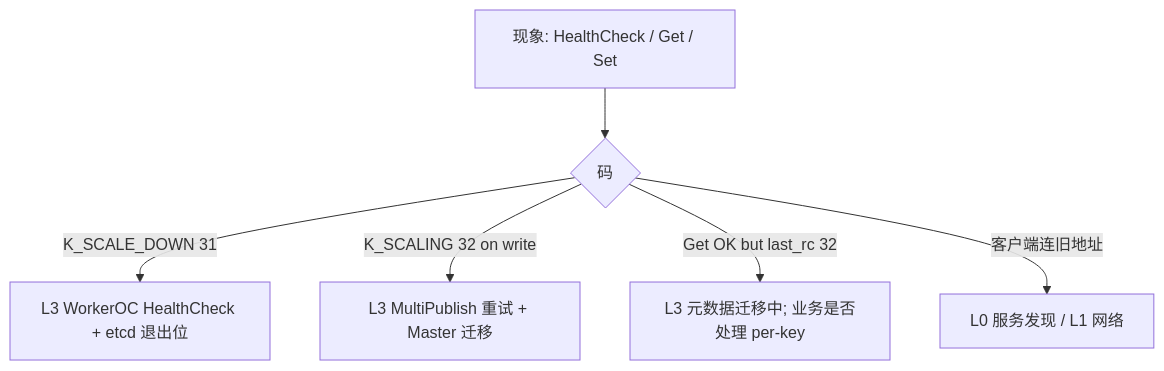
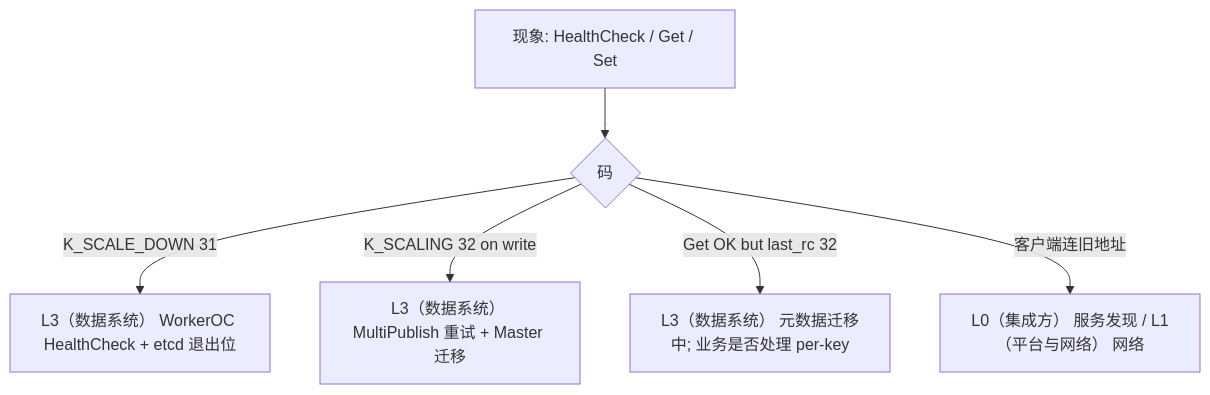
The fourth of 7 diagrams in docs/observable/kv-场景-故障分类与责任边界.md (CheYulin/Docs), drawn with Mermaid before and after one commit. The commit also changed other lines of this file and 2 other files, not shown here.

````diff
--- a/docs/observable/kv-场景-故障分类与责任边界.md
+++ b/docs/observable/kv-场景-故障分类与责任边界.md
@@ -489,8 +491,8 @@
 ```mermaid
 flowchart TD
   X1[现象: HealthCheck / Get / Set] --> X2{码}
-  X2 -->|K_SCALE_DOWN 31| X3[L3 WorkerOC HealthCheck + etcd 退出位]
-  X2 -->|K_SCALING 32 on write| X4[L3 MultiPublish 重试 + Master 迁移]
-  X2 -->|Get OK but last_rc 32| X5[L3 元数据迁移中; 业务是否处理 per-key]
-  X2 -->|客户端连旧地址| X6[L0 服务发现 / L1 网络]
+  X2 -->|K_SCALE_DOWN 31| X3[L3（数据系统） WorkerOC HealthCheck + etcd 退出位]
+  X2 -->|K_SCALING 32 on write| X4[L3（数据系统） MultiPublish 重试 + Master 迁移]
+  X2 -->|Get OK but last_rc 32| X5[L3（数据系统） 元数据迁移中; 业务是否处理 per-key]
+  X2 -->|客户端连旧地址| X6[L0（集成方） 服务发现 / L1（平台与网络） 网络]
 ```
````
